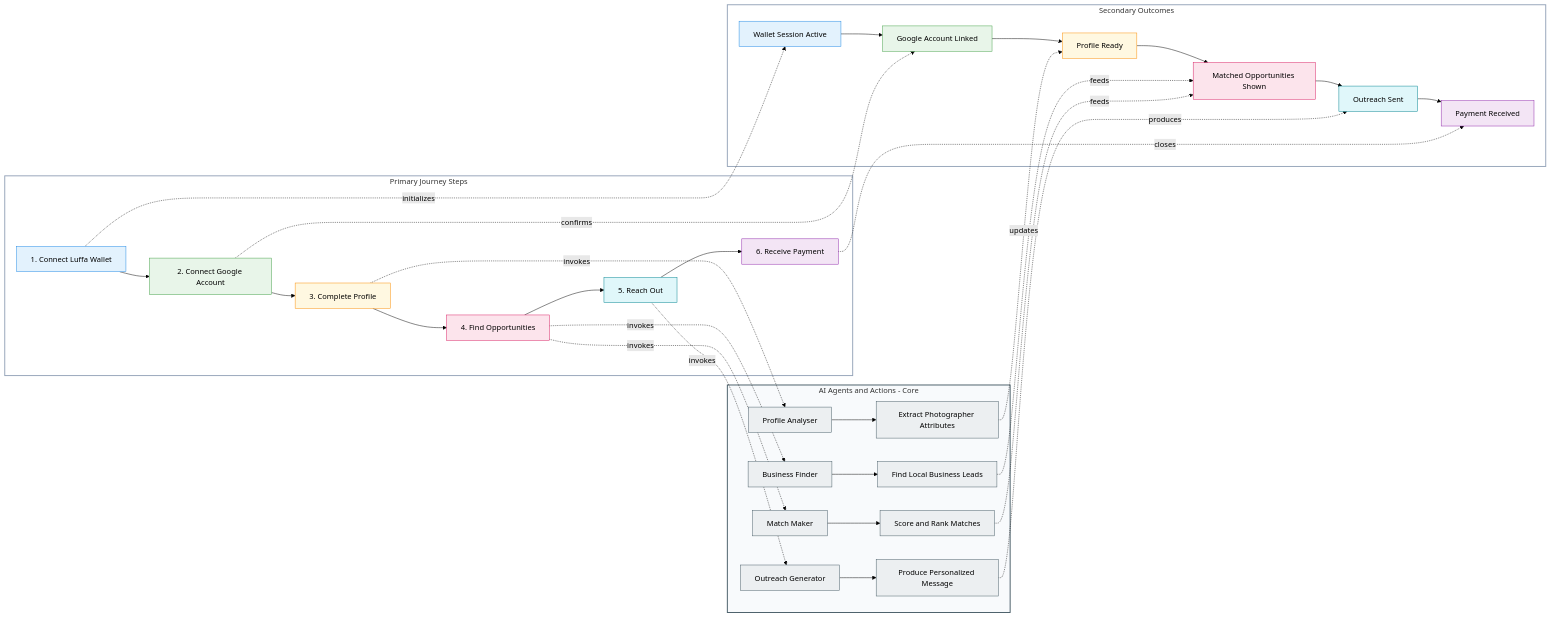
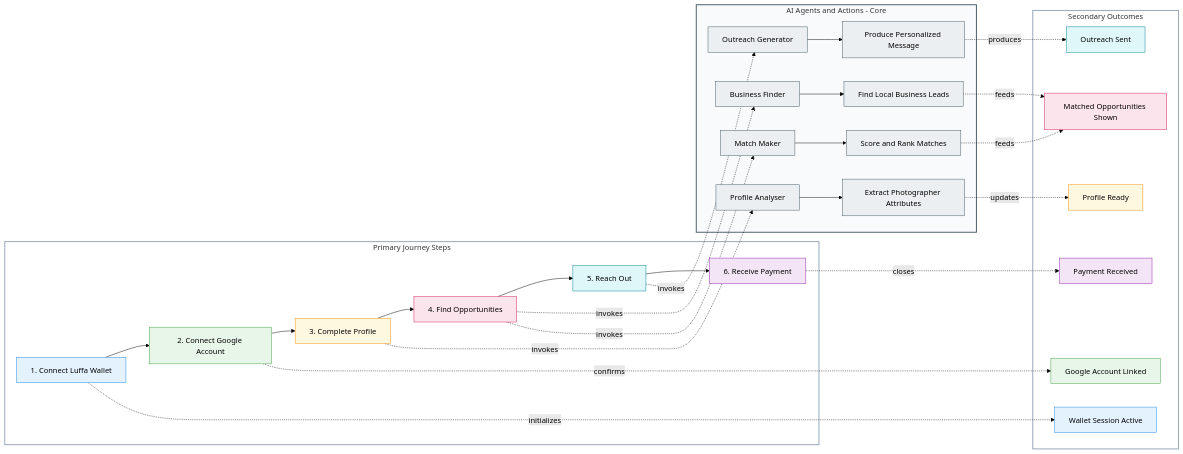
The diagram in README.md (Encode-Club-AI-Hackathon/PhotoPal), drawn with Mermaid (forest theme) before and after one commit.

Commit message:
Remove redundant flowchart connection from README.md

````diff
--- a/README.md
+++ b/README.md
@@ -253,74 +253,73 @@
 ```mermaid
 flowchart LR
 	subgraph P[Primary Journey Steps]
 		A1[1. Connect Luffa Wallet]
 		B1[2. Connect Google Account]
 		C1[3. Complete Profile]
 		D1[4. Find Opportunities]
 		E1[5. Reach Out]
 		F1[6. Receive Payment]
 		A1 --> B1 --> C1 --> D1 --> E1 --> F1
 	end
 
 	subgraph AG[AI Agents and Actions - Core]
 		P1[Profile Analyser]
 		P2[Extract Photographer Attributes]
 		BF1[Business Finder]
 		BF2[Find Local Business Leads]
 		M1[Match Maker]
 		M2[Score and Rank Matches]
 		O1[Outreach Generator]
 		O2[Produce Personalized Message]
 
 		P1 --> P2
 		BF1 --> BF2
 		M1 --> M2
 		O1 --> O2
 	end
 
 	subgraph S[Secondary Outcomes]
 		A2[Wallet Session Active]
 		B2[Google Account Linked]
 		C2[Profile Ready]
 		D2[Matched Opportunities Shown]
 		E2[Outreach Sent]
 		F2[Payment Received]
-		A2 --> B2 --> C2 --> D2 --> E2 --> F2
 	end
 
 	A1 -. initializes .-> A2
 	B1 -. confirms .-> B2
 
 	C1 -. invokes .-> P1
 	P2 -. updates .-> C2
 
 	D1 -. invokes .-> BF1
 	D1 -. invokes .-> M1
 	BF2 -. feeds .-> D2
 	M2 -. feeds .-> D2
 
 	E1 -. invokes .-> O1
 	O2 -. produces .-> E2
 
 	F1 -. closes .-> F2
 
 	classDef area1 fill:#E3F2FD,stroke:#1E88E5,stroke-width:1px;
 	classDef area2 fill:#E8F5E9,stroke:#43A047,stroke-width:1px;
 	classDef area3 fill:#FFF8E1,stroke:#FB8C00,stroke-width:1px;
 	classDef area4 fill:#FCE4EC,stroke:#D81B60,stroke-width:1px;
 	classDef area5 fill:#E0F7FA,stroke:#00838F,stroke-width:1px;
 	classDef area6 fill:#F3E5F5,stroke:#8E24AA,stroke-width:1px;
 	classDef ai fill:#ECEFF1,stroke:#455A64,stroke-width:1px;
 
 	class A1,A2 area1;
 	class B1,B2 area2;
 	class C1,C2 area3;
 	class D1,D2 area4;
 	class E1,E2 area5;
 	class F1,F2 area6;
 	class P1,P2,BF1,BF2,M1,M2,O1,O2 ai;
 
 	style P fill:#FFFFFF,stroke:#94A3B8,stroke-width:2px;
 	style S fill:#FFFFFF,stroke:#94A3B8,stroke-width:2px;
 	style AG fill:#F8FAFC,stroke:#455A64,stroke-width:2px;
 ```
````
